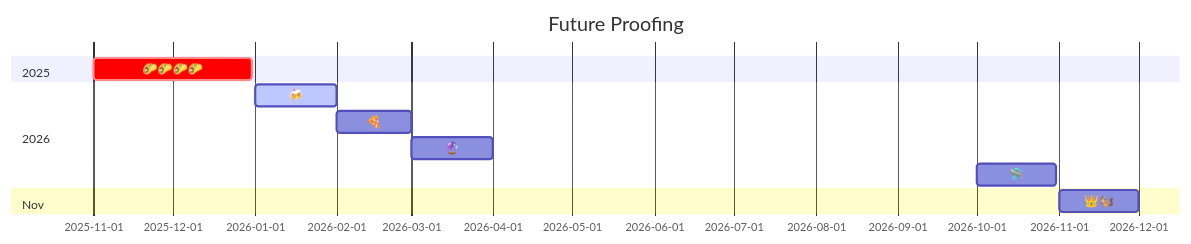
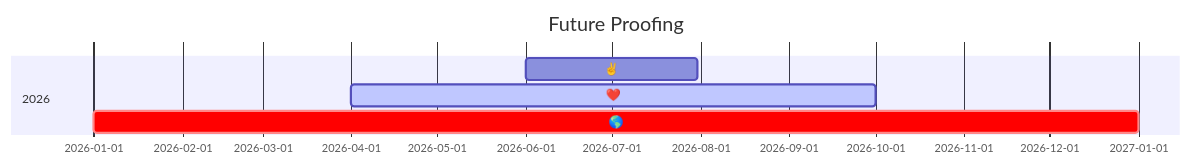
The diagram in README.md (random-knights/r1-01), drawn with Mermaid before and after one commit. The commit also changed other lines of this file, not shown here.

````diff
--- a/README.md
+++ b/README.md
@@ -101,14 +91,9 @@
 ```mermaid
 gantt
 title Future Proofing
 dateFormat YYYY-MM
-section 2025
-🌮🌮🌮🌮 :crit, a1, 2025-11, 60d
 section 2026
-🍻 :active, a1, 2026-01, 31d
-🍕 :a1, 2026-02, 28d
-🔮 :a1, 2026-03, 31d
-🛸 :a1, 2026-10, 30d
-section Nov
-👑🐿️ :a1, 2026-11, 30d
+✌️ :a1, 2026-06, 60d
+❤️ :active, a1, 2026-04, 183d
+🌎 :crit, a1, 2026-01, 365d
 ```
````
